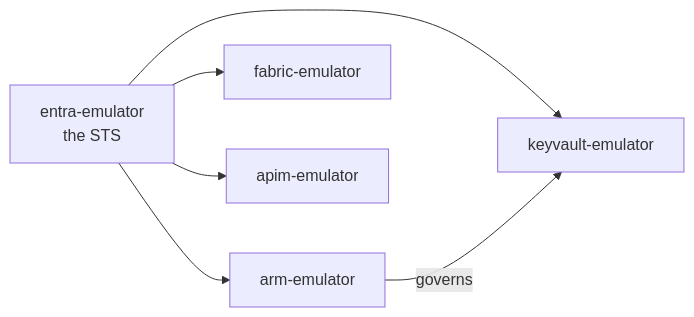
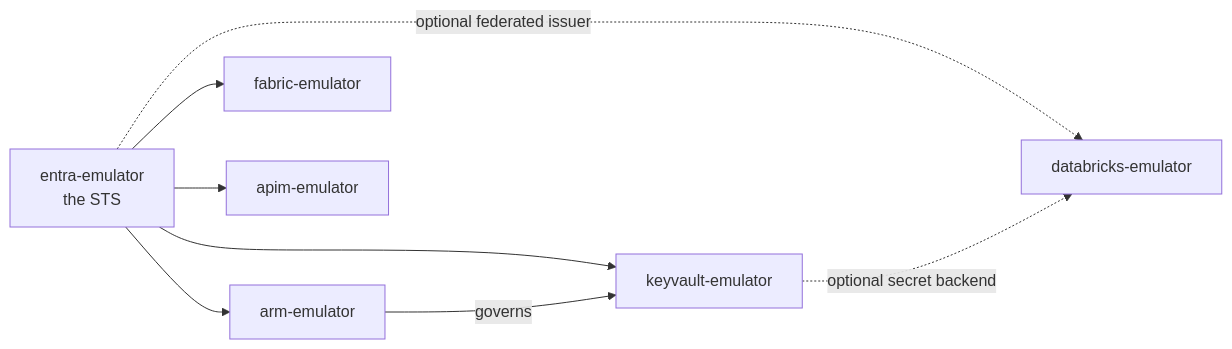
The diagram in docs/02-the-family.md (calvinchengx/azure-emulators), drawn with Mermaid before and after one commit. The commit also changed other lines of this file and 11 other files, not shown here.

Commit message:
bom: pin databricks-emulator 0.1.0 (#30)

````diff
--- a/docs/02-the-family.md
+++ b/docs/02-the-family.md
@@ -16,13 +17,16 @@
 ```mermaid
 graph LR
   entra[entra-emulator<br/>the STS]
   arm[arm-emulator]
   kv[keyvault-emulator]
   fabric[fabric-emulator]
   apim[apim-emulator]
+  dbx[databricks-emulator]
   entra --> arm
   entra --> kv
   entra --> fabric
   entra --> apim
+  entra -.->|optional federated issuer| dbx
+  kv -.->|optional secret backend| dbx
   arm -->|governs| kv
 ```
````
